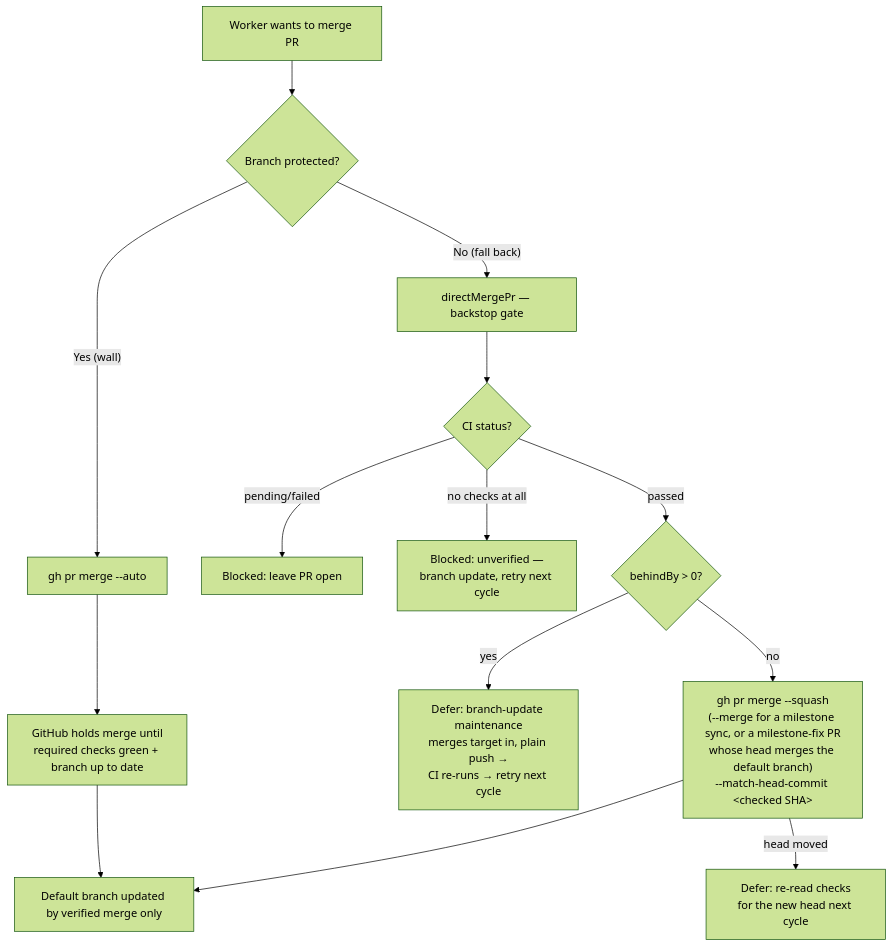
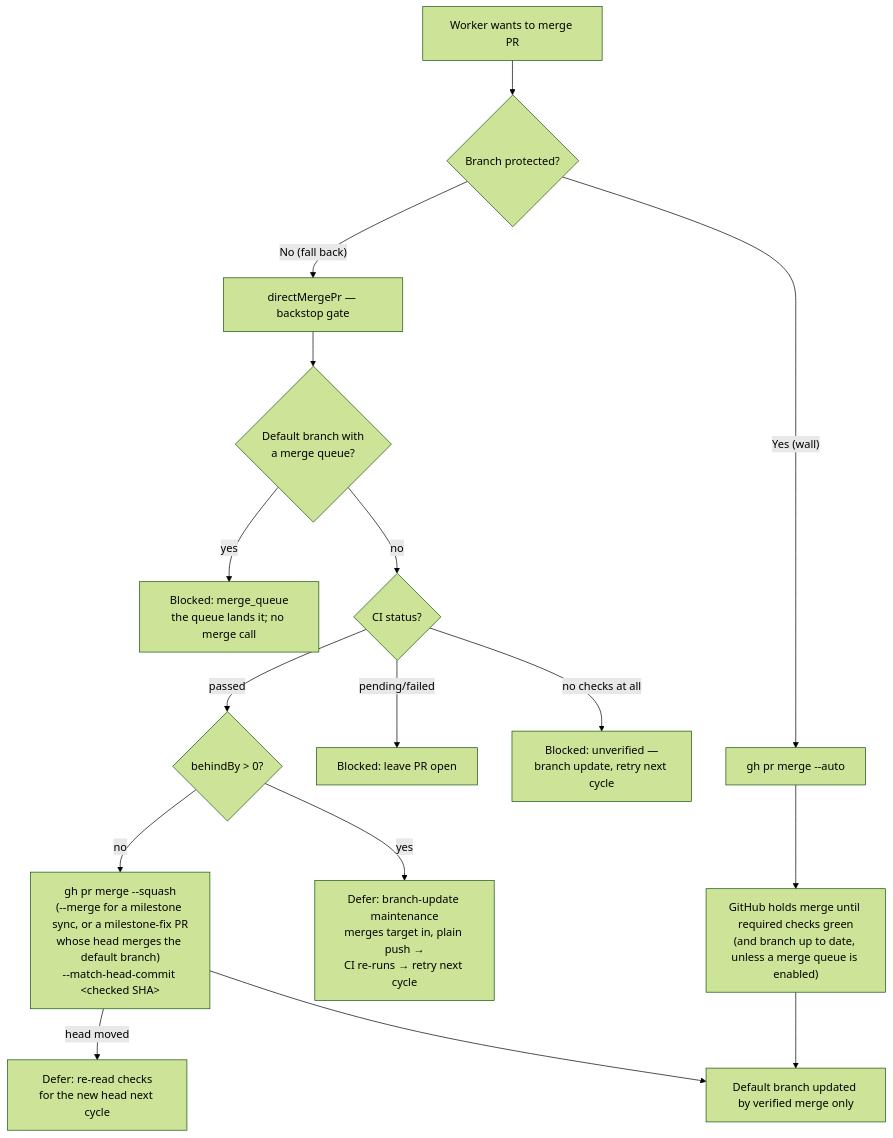
Before and after one commit to stSoftwareAU/VibeCoder: the first of 11 diagrams in docs/MERGE.md, drawn with Mermaid (forest theme). The commit also changed other lines of this file and 30 other files, not shown here.

````diff
--- a/docs/MERGE.md
+++ b/docs/MERGE.md
@@ -34,16 +34,18 @@
 ```mermaid
 flowchart TD
     A[Worker wants to merge PR] --> B{Branch protected?}
     B -- "Yes (wall)" --> C[gh pr merge --auto]
-    C --> D[GitHub holds merge until<br/>required checks green + branch up to date]
+    C --> D["GitHub holds merge until required checks green<br/>(and branch up to date, unless a merge queue is enabled)"]
     B -- "No (fall back)" --> E[directMergePr — backstop gate]
-    E --> F{CI status?}
+    E --> Q{Default branch with<br/>a merge queue?}
+    Q -- yes --> R["Blocked: merge_queue<br/>the queue lands it; no merge call"]
+    Q -- no --> F{CI status?}
     F -- pending/failed --> G[Blocked: leave PR open]
     F -- "no checks at all" --> N[Blocked: unverified —<br/>branch update, retry next cycle]
     F -- passed --> H{behindBy > 0?}
     H -- yes --> I[Defer: branch-update maintenance<br/>merges target in, plain push →<br/>CI re-runs → retry next cycle]
     H -- no --> J["gh pr merge --squash<br/>(--merge for a milestone sync, or a milestone-fix PR<br/>whose head merges the default branch)<br/>--match-head-commit &lt;checked SHA&gt;"]
     J -- head moved --> L[Defer: re-read checks<br/>for the new head next cycle]
     D --> K[Default branch updated by verified merge only]
     J --> K
 ```
````
